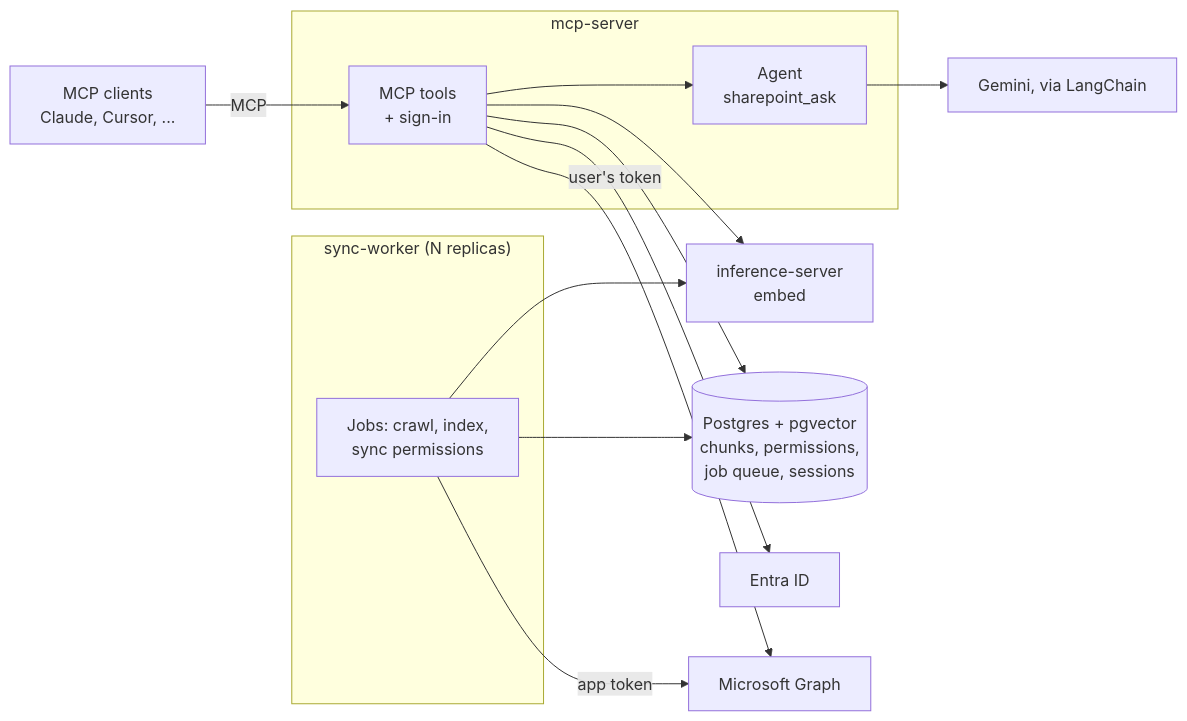
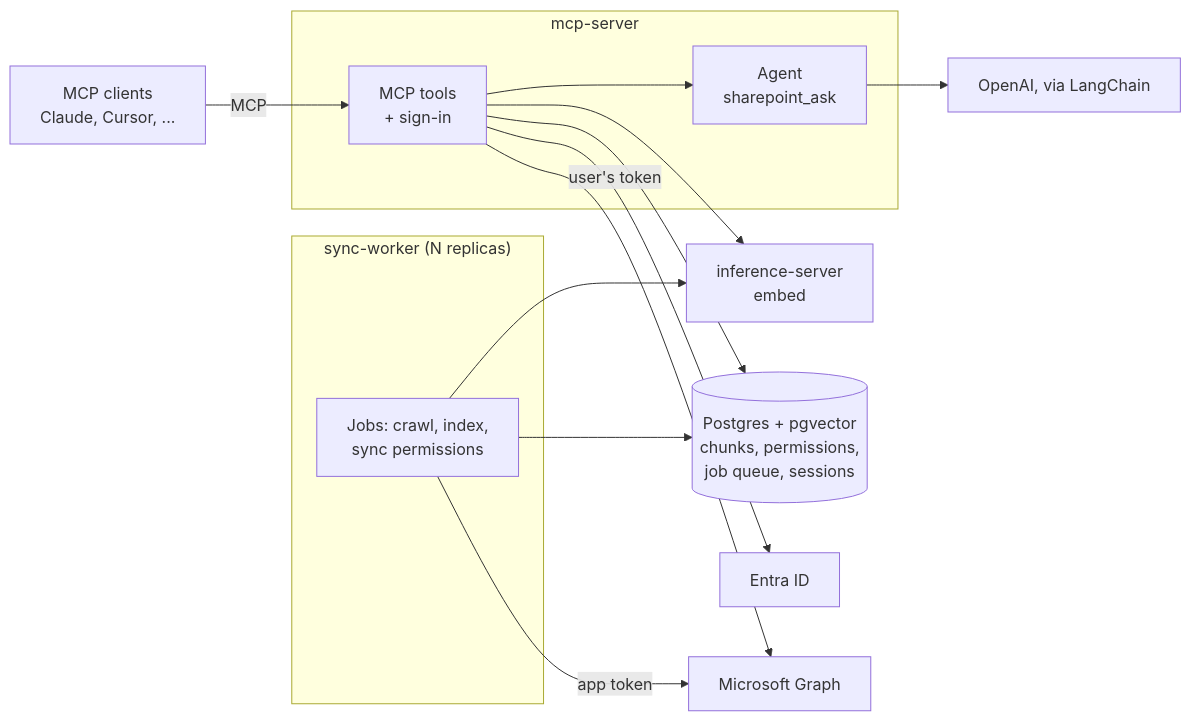
The first of 4 diagrams in docs/architecture.md (istvanvonfedak/sharepoint-knowledge-agent), drawn with Mermaid before and after one commit. The commit also changed other lines of this file and 43 other files, not shown here.

````diff
--- a/docs/architecture.md
+++ b/docs/architecture.md
@@ -29,31 +30,31 @@
 ```mermaid
 flowchart LR
     MC[MCP clients<br/>Claude, Cursor, ...]
 
     subgraph MCPS["mcp-server"]
         API[MCP tools<br/>+ sign-in]
         AG[Agent<br/>sharepoint_ask]
     end
 
     subgraph SW["sync-worker (N replicas)"]
         JOBS[Jobs: crawl, index,<br/>sync permissions]
     end
 
-    LLM[Gemini, via LangChain]
+    LLM[OpenAI, via LangChain]
     INF["inference-server<br/>embed"]
     PG[("Postgres + pgvector<br/>chunks, permissions,<br/>job queue, sessions")]
     ENTRA[Entra ID]
     GRAPH[Microsoft Graph]
 
     MC -->|MCP| API
     API --> AG
     AG --> LLM
     API --> ENTRA
     API --> INF
     API --> PG
     API -->|user's token| GRAPH
 
     JOBS --> PG
     JOBS --> INF
     JOBS -->|app token| GRAPH
 ```
````
